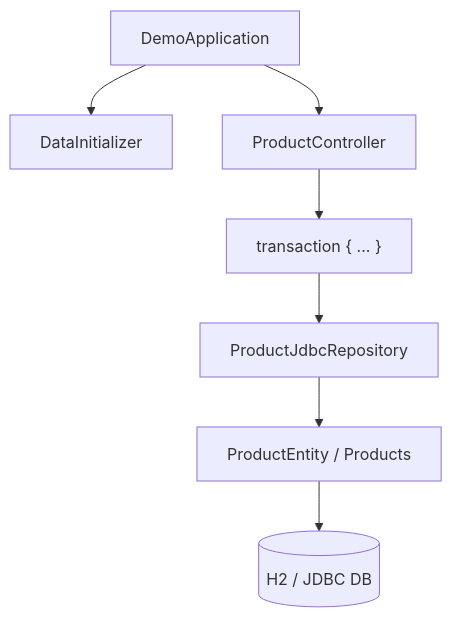
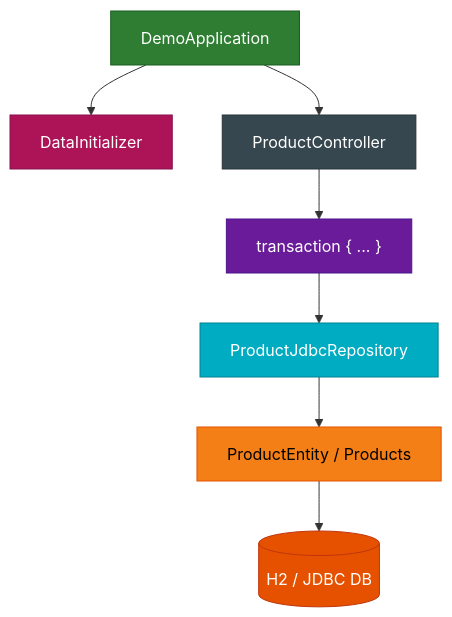
One commit to bluetape4k/bluetape4k-projects changed the second of 2 diagrams in spring-boot4/exposed-jdbc-demo/README.ko.md. Above: the diagram before and after it, drawn with Mermaid. The commit also changed other lines of this file and 221 other files, not shown here.

First line of the commit message:
docs: 전체 모듈 README UML 다이어그램 보강 및 색상 업그레이드

````diff
--- a/spring-boot4/exposed-jdbc-demo/README.ko.md
+++ b/spring-boot4/exposed-jdbc-demo/README.ko.md
@@ -63,17 +70,33 @@
 ```mermaid
 flowchart TD
     App["DemoApplication"]
     Init["DataInitializer"]
     Controller["ProductController"]
     Service["transaction { ... }"]
     Repo["ProductJdbcRepository"]
     Entity["ProductEntity / Products"]
     DB[("H2 / JDBC DB")]
 
     App --> Init
     App --> Controller
     Controller --> Service
     Service --> Repo
     Repo --> Entity
     Entity --> DB
+
+    classDef appStyle fill:#2E7D32,stroke:#1B5E20,color:#FFFFFF
+    classDef initStyle fill:#AD1457,stroke:#880E4F,color:#FFFFFF
+    classDef controllerStyle fill:#37474F,stroke:#263238,color:#FFFFFF
+    classDef serviceStyle fill:#6A1B9A,stroke:#4A148C,color:#FFFFFF
+    classDef repoStyle fill:#00ACC1,stroke:#00838F,color:#FFFFFF
+    classDef entityStyle fill:#F57F17,stroke:#E65100,color:#000000
+    classDef dbStyle fill:#E65100,stroke:#BF360C,color:#FFFFFF
+
+    class App appStyle
+    class Init initStyle
+    class Controller controllerStyle
+    class Service serviceStyle
+    class Repo repoStyle
+    class Entity entityStyle
+    class DB dbStyle
 ```
````
